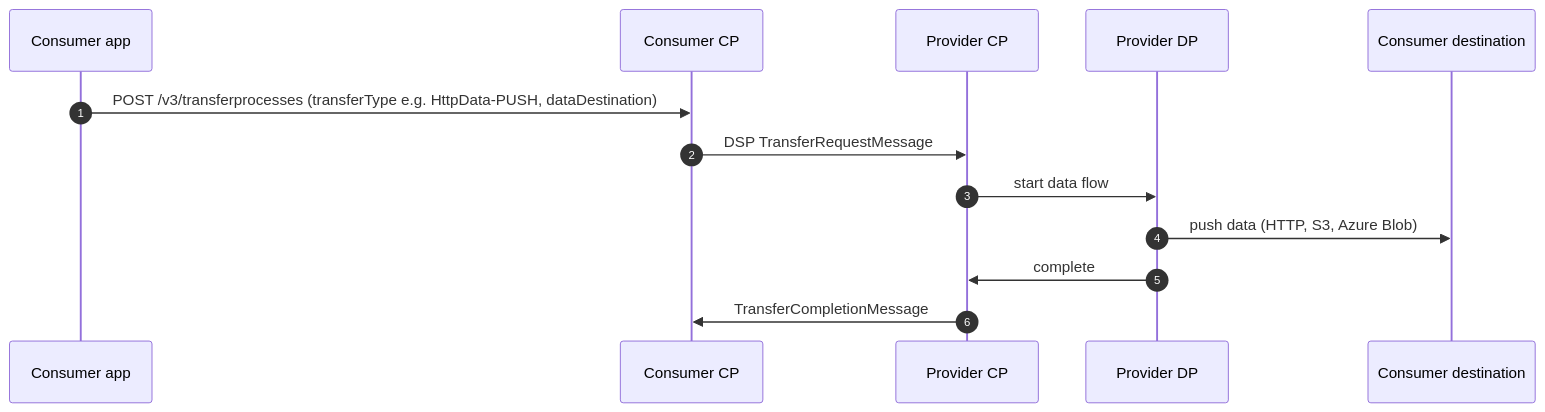
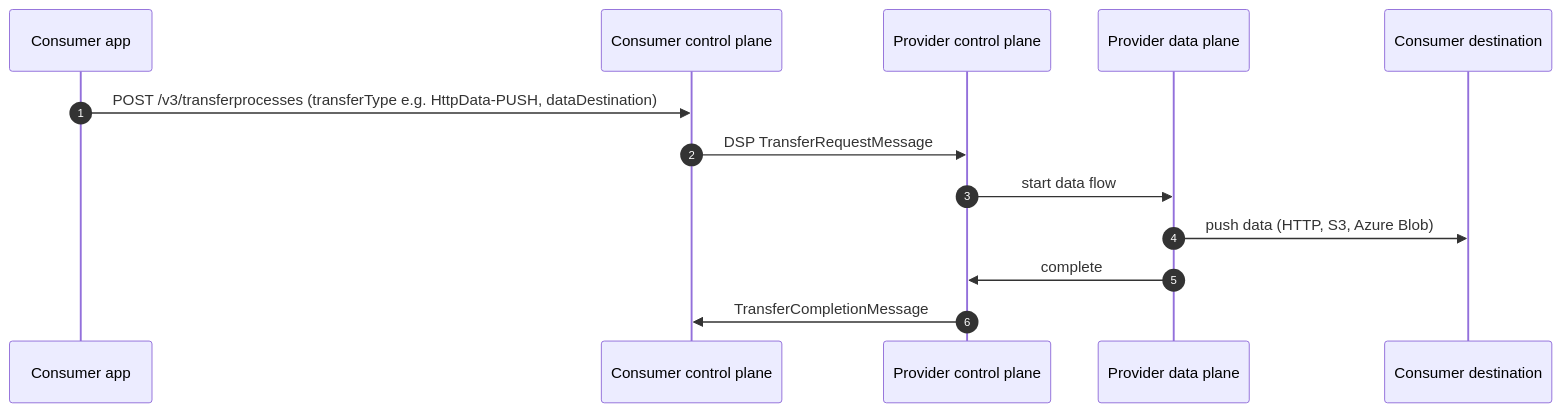
Before and after one commit to eclipse-tractusx/tractusx-edc: the fifth of 7 diagrams in docs/architecture/flows.md, drawn with Mermaid. The commit also changed other lines of this file and 4 other files, not shown here.

First line of the commit message:
docs: square sidebar rows; spell out control plane and data plane

````diff
--- a/docs/architecture/flows.md
+++ b/docs/architecture/flows.md
@@ -88,15 +88,15 @@
 ```mermaid
 sequenceDiagram
   autonumber
   participant App as Consumer app
-  participant CCP as Consumer CP
-  participant PCP as Provider CP
-  participant PDP as Provider DP
+  participant CCP as Consumer control plane
+  participant PCP as Provider control plane
+  participant PDP as Provider data plane
   participant Dest as Consumer destination
   App->>CCP: POST /v3/transferprocesses (transferType e.g. HttpData-PUSH, dataDestination)
   CCP->>PCP: DSP TransferRequestMessage
   PCP->>PDP: start data flow
   PDP->>Dest: push data (HTTP, S3, Azure Blob)
   PDP->>PCP: complete
   PCP->>CCP: TransferCompletionMessage
 ```
````
